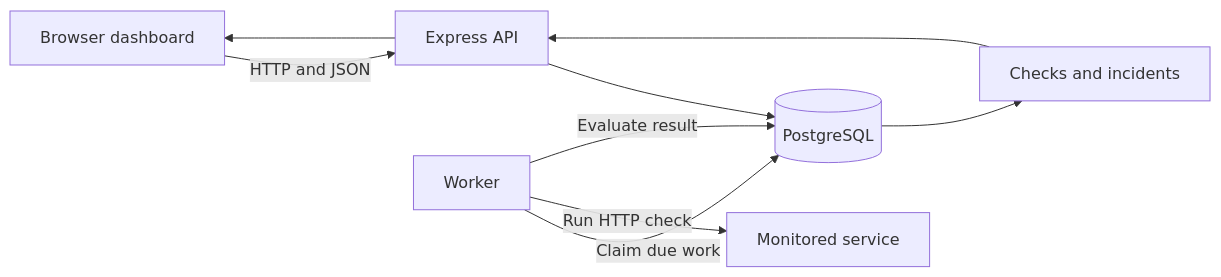
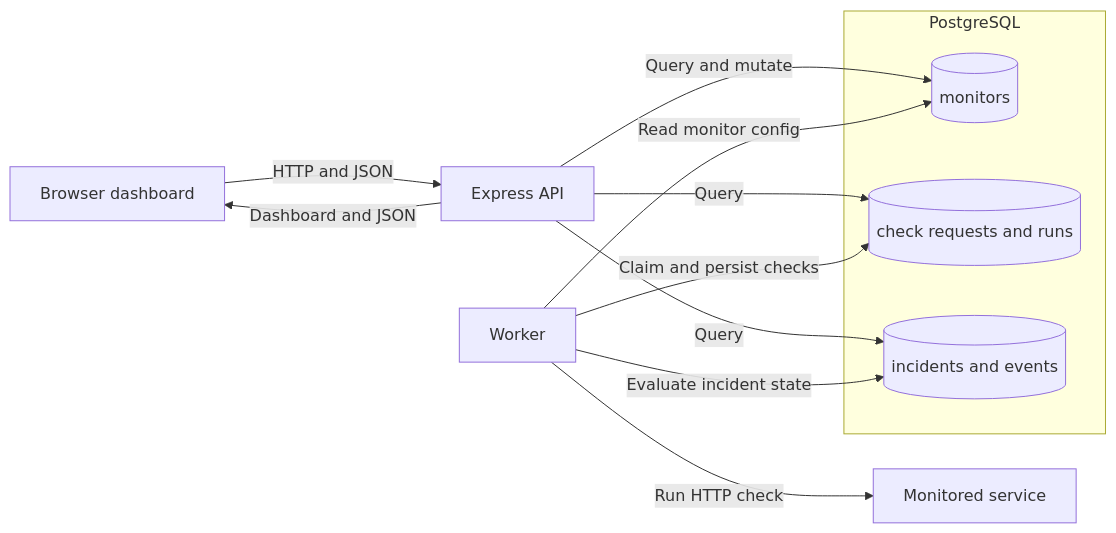
Before and after one commit to ekta-chaudhry/opspulse: the diagram in README.md, drawn with Mermaid. The commit also changed other lines of this file and 1 other file, not shown here.

Commit message:
docs: correct README architecture

````diff
--- a/README.md
+++ b/README.md
@@ -17,11 +17,19 @@
 ```mermaid
 flowchart LR
     B[Browser dashboard] -->|HTTP and JSON| A[Express API]
-    A --> P[(PostgreSQL)]
-    W[Worker] -->|Claim due work| P
+    A -->|Dashboard and JSON| B
+
+    subgraph P[PostgreSQL]
+        M[(monitors)]
+        C[(check requests and runs)]
+        I[(incidents and events)]
+    end
+
+    A -->|Query and mutate| M
+    A -->|Query| C
+    A -->|Query| I
+    W[Worker] -->|Read monitor config| M
+    W -->|Claim and persist checks| C
+    W -->|Evaluate incident state| I
     W -->|Run HTTP check| T[Monitored service]
-    W -->|Evaluate result| P
-    P --> H[Checks and incidents]
-    H --> A
-    A --> B
 ```
````
